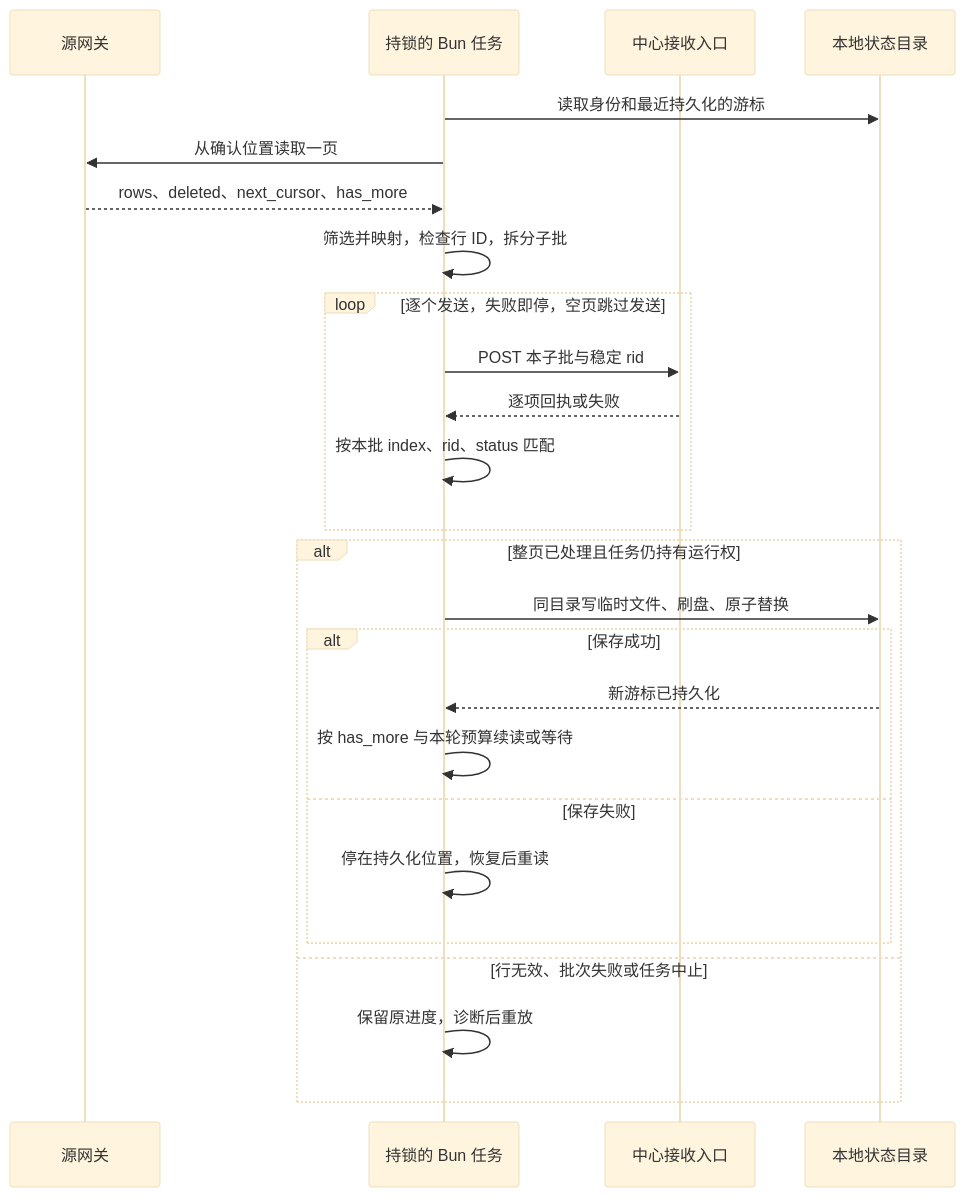
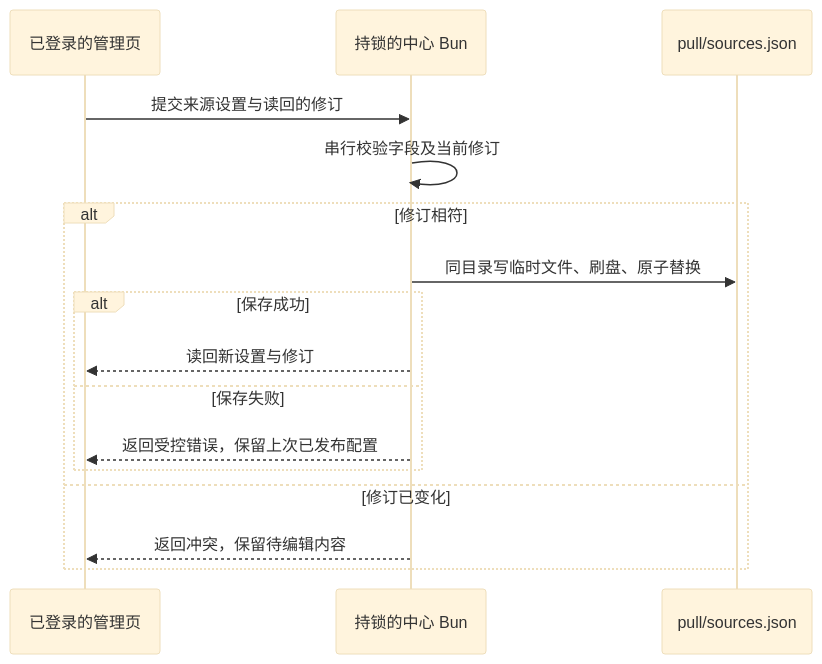
One commit to xiao-xiao-cai/magpie-usage-hub changed the diagram in docs/05-同步流程与故障恢复设计.md. Above: the diagram before and after it, drawn with Mermaid (base theme). The commit also changed other lines of this file and 63 other files, not shown here.

````diff
--- a/docs/05-同步流程与故障恢复设计.md
+++ b/docs/05-同步流程与故障恢复设计.md
@@ -5,27 +7,18 @@
 ```mermaid
 sequenceDiagram
-    participant S as 源网关
-    participant B as 持锁的 Bun 任务
-    participant C as 中心接收入口
-    participant D as 本地状态目录
-    B->>D: 读取身份和最近持久化的游标
-    B->>S: 从确认位置读取一页
-    S-->>B: rows、deleted、next_cursor、has_more
-    B->>B: 筛选并映射，检查行 ID，拆分子批
-    loop 逐个发送，失败即停，空页跳过发送
-        B->>C: POST 本子批与稳定 rid
-        C-->>B: 逐项回执或失败
-        B->>B: 按本批 index、rid、status 匹配
-    end
-    alt 整页已处理且任务仍持有运行权
+    participant W as 已登录的管理页
+    participant B as 持锁的中心 Bun
+    participant D as pull/sources.json
+    W->>B: 提交来源设置与读回的修订
+    B->>B: 串行校验字段及当前修订
+    alt 修订相符
         B->>D: 同目录写临时文件、刷盘、原子替换
         alt 保存成功
-            D-->>B: 新游标已持久化
-            B->>B: 按 has_more 与本轮预算续读或等待
+            B-->>W: 读回新设置与修订
         else 保存失败
-            B->>B: 停在持久化位置，恢复后重读
+            B-->>W: 返回受控错误，保留上次已发布配置
         end
-    else 行无效、批次失败或任务中止
-        B->>B: 保留原进度，诊断后重放
+    else 修订已变化
+        B-->>W: 返回冲突，保留待编辑内容
     end
 ```
````
